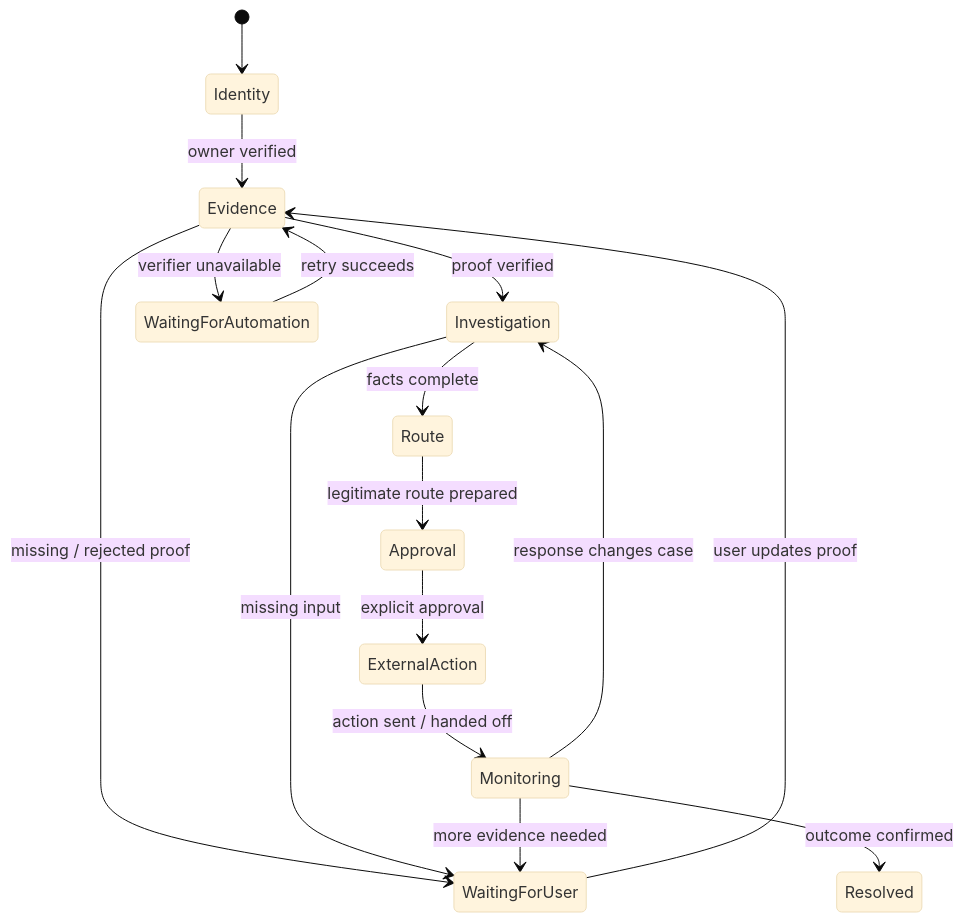
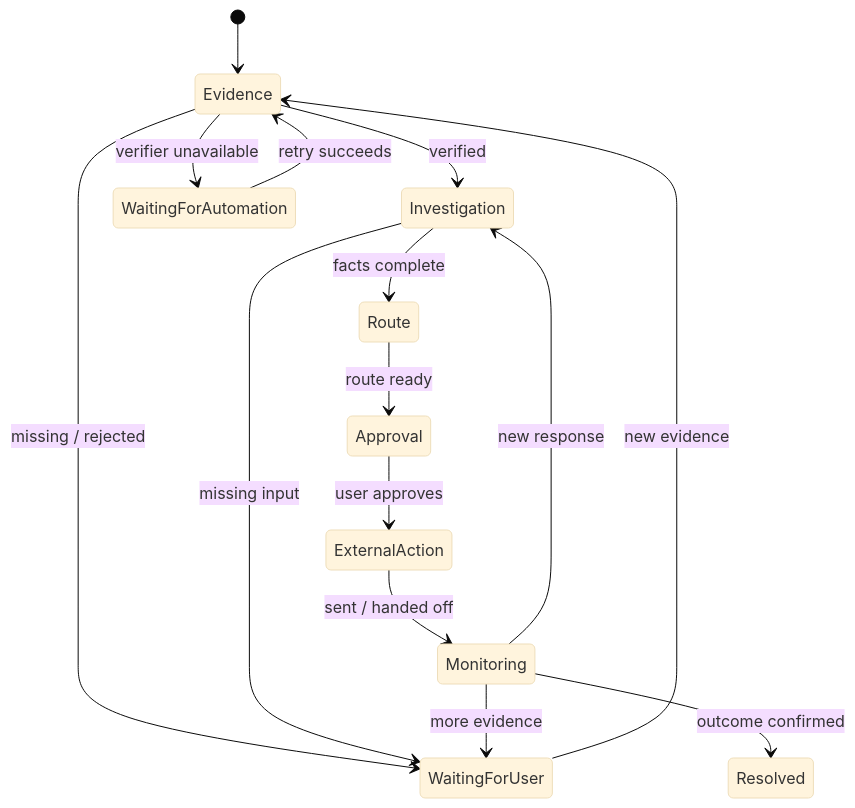
Before and after one commit to Prakash-codeMaker/RecoverIT: the first of 2 diagrams in README.md, drawn with Mermaid (base theme). The commit also changed other lines of this file, not shown here.

First line of the commit message:
Make the README shorter and more optimized while keeping the complete product workflow and strongest engineering proof visible.

````diff
--- a/README.md
+++ b/README.md
@@ -166,18 +117,17 @@
 ```mermaid
 stateDiagram-v2
-    [*] --> Identity
-    Identity --> Evidence: owner verified
-    Evidence --> Investigation: proof verified
-    Evidence --> WaitingForUser: missing / rejected proof
+    [*] --> Evidence
+    Evidence --> Investigation: verified
+    Evidence --> WaitingForUser: missing / rejected
     Evidence --> WaitingForAutomation: verifier unavailable
-    WaitingForUser --> Evidence: user updates proof
+    WaitingForUser --> Evidence: new evidence
     WaitingForAutomation --> Evidence: retry succeeds
     Investigation --> Route: facts complete
     Investigation --> WaitingForUser: missing input
-    Route --> Approval: legitimate route prepared
-    Approval --> ExternalAction: explicit approval
-    ExternalAction --> Monitoring: action sent / handed off
-    Monitoring --> Investigation: response changes case
-    Monitoring --> WaitingForUser: more evidence needed
+    Route --> Approval: route ready
+    Approval --> ExternalAction: user approves
+    ExternalAction --> Monitoring: sent / handed off
+    Monitoring --> Investigation: new response
+    Monitoring --> WaitingForUser: more evidence
     Monitoring --> Resolved: outcome confirmed
 ```
````
